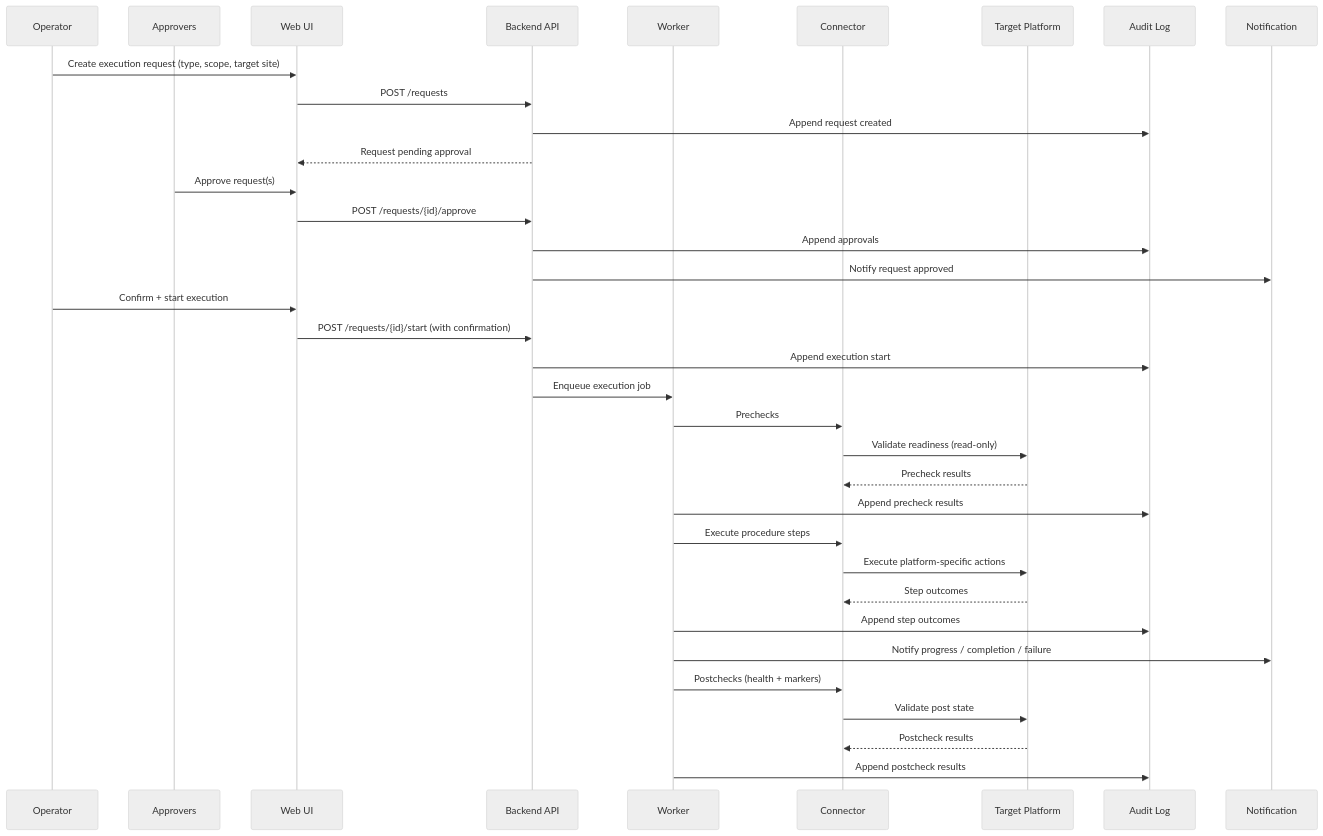
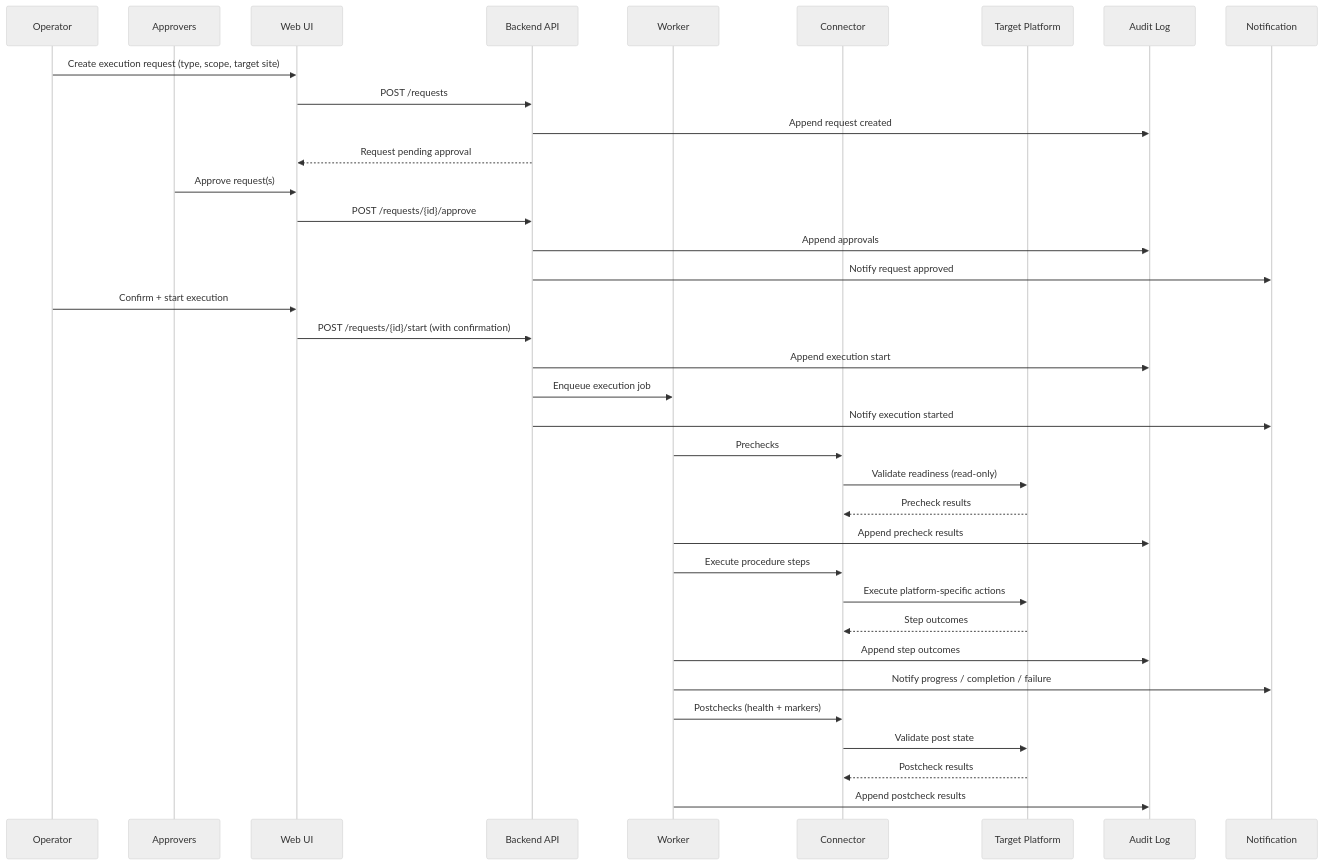
One commit to davidvupham/dbtools changed the third of 3 diagrams in docs/projects/business-continuity/architecture/technical-architecture.md. Above: the diagram before and after it, drawn with Mermaid (neutral theme).

Commit message:
docs: add execution started notification to BC sequence diagram
Align the controlled failover/switchover sequence diagram with the test plan
by including a notification when execution is started.

````diff
--- a/docs/projects/business-continuity/architecture/technical-architecture.md
+++ b/docs/projects/business-continuity/architecture/technical-architecture.md
@@ -175,43 +175,44 @@
 ```mermaid
 sequenceDiagram
     participant U as Operator
     participant A as Approvers
     participant UI as Web UI
     participant API as Backend API
     participant W as Worker
     participant C as Connector
     participant T as Target Platform
     participant AUD as Audit Log
     participant N as Notification
 
     U->>UI: Create execution request (type, scope, target site)
     UI->>API: POST /requests
     API->>AUD: Append request created
     API-->>UI: Request pending approval
 
     A->>UI: Approve request(s)
     UI->>API: POST /requests/{id}/approve
     API->>AUD: Append approvals
     API->>N: Notify request approved
 
     U->>UI: Confirm + start execution
     UI->>API: POST /requests/{id}/start (with confirmation)
     API->>AUD: Append execution start
     API->>W: Enqueue execution job
+    API->>N: Notify execution started
 
     W->>C: Prechecks
     C->>T: Validate readiness (read-only)
     T-->>C: Precheck results
     W->>AUD: Append precheck results
 
     W->>C: Execute procedure steps
     C->>T: Execute platform-specific actions
     T-->>C: Step outcomes
     W->>AUD: Append step outcomes
     W->>N: Notify progress / completion / failure
 
     W->>C: Postchecks (health + markers)
     C->>T: Validate post state
     T-->>C: Postcheck results
     W->>AUD: Append postcheck results
 ```
````
